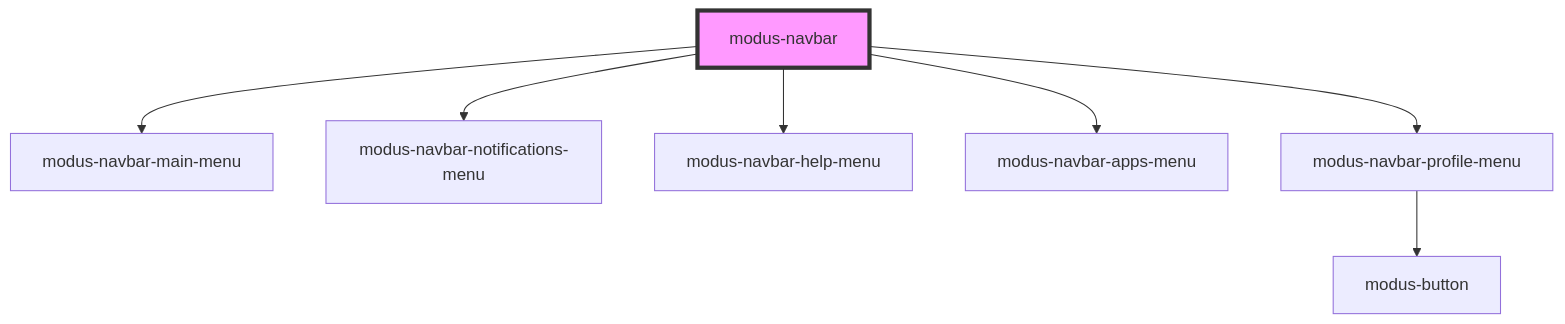
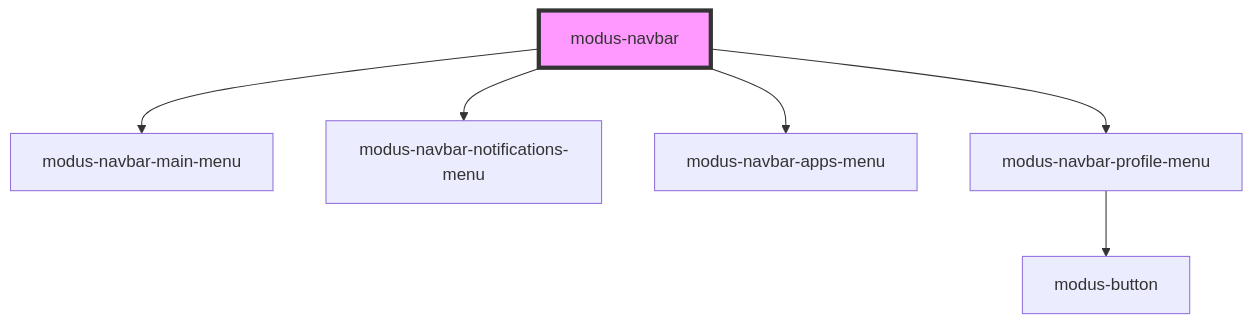
Before and after one commit to trimble-oss/modus-web-components: the diagram in src/components/modus-navbar/readme.md, drawn with Mermaid. The commit also changed other lines of this file and 6 other files, not shown here.

Commit message:
Update Pendo Placeholder position. Remove Help menu.

````diff
--- a/src/components/modus-navbar/readme.md
+++ b/src/components/modus-navbar/readme.md
@@ -43,10 +41,9 @@
 ```mermaid
 graph TD;
   modus-navbar --> modus-navbar-main-menu
   modus-navbar --> modus-navbar-notifications-menu
-  modus-navbar --> modus-navbar-help-menu
   modus-navbar --> modus-navbar-apps-menu
   modus-navbar --> modus-navbar-profile-menu
   modus-navbar-profile-menu --> modus-button
   style modus-navbar fill:#f9f,stroke:#333,stroke-width:4px
 ```
````
